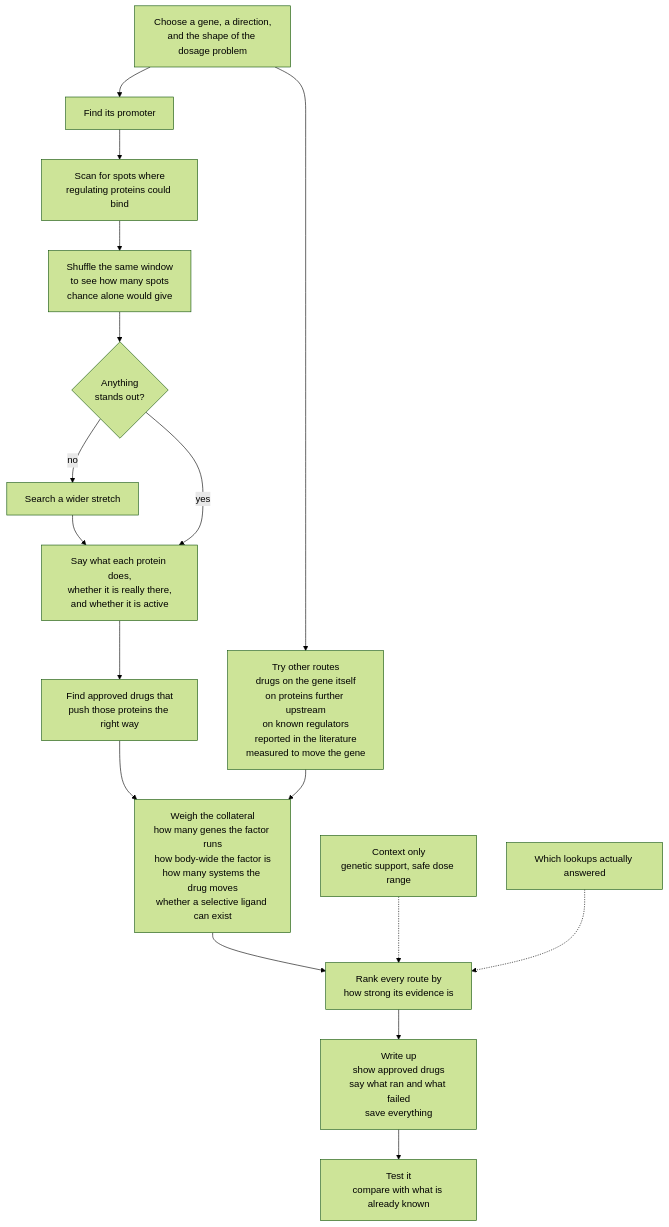
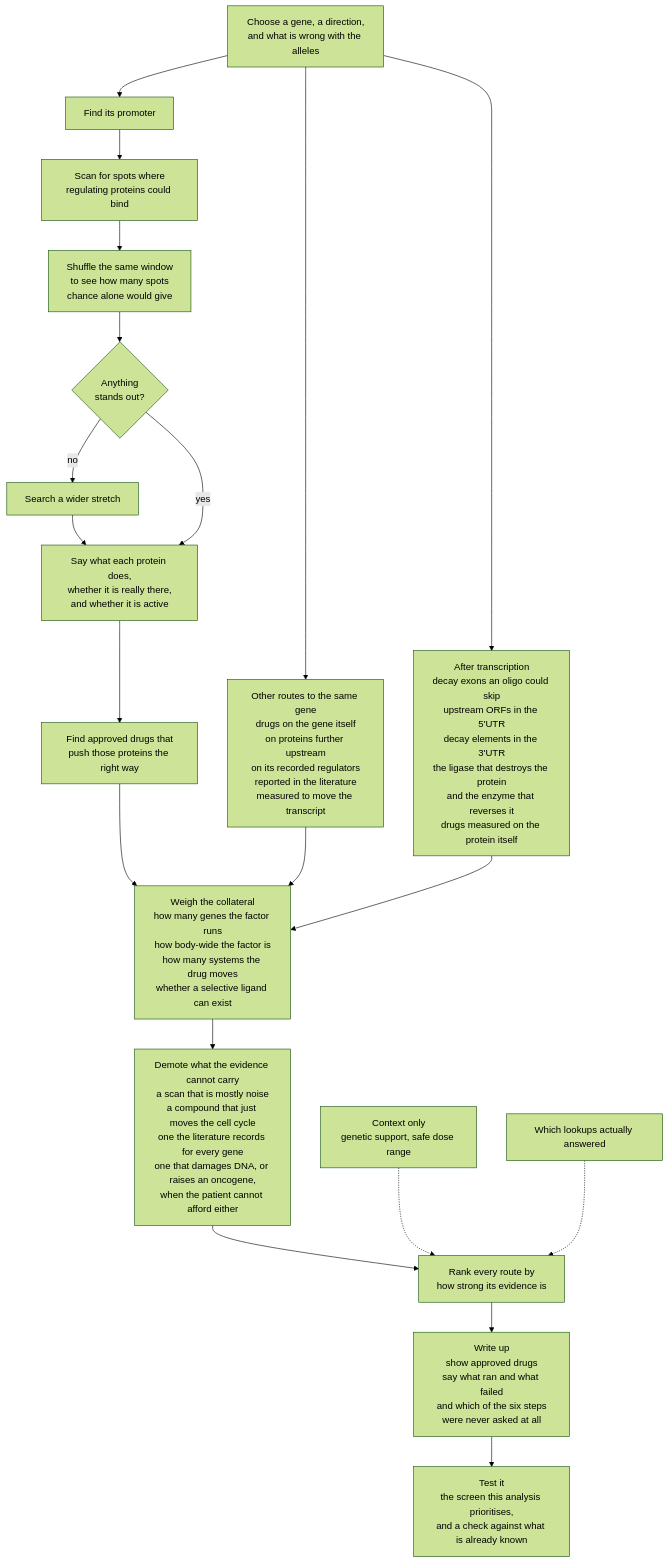
Before and after one commit to kjmartin44/Martins: the diagram in docs/pipeline_detail.mmd, drawn with Mermaid (forest theme). The commit also changed 8 other files, not shown here.

```diff
--- a/docs/pipeline_detail.mmd
+++ b/docs/pipeline_detail.mmd
@@ -1,20 +1,27 @@
 %% The same run in more detail. The short version is pipeline.mmd. Source of truth: docs/how-it-works.md.
 flowchart TD
-    START["Choose a gene, a direction,<br/>and the shape of the dosage problem"] --> PROM["Find its promoter"]
+    START["Choose a gene, a direction,<br/>and what is wrong with the alleles"]
+
+    START --> PROM["Find its promoter"]
     PROM --> SCAN["Scan for spots where<br/>regulating proteins could bind"]
     SCAN --> NULL["Shuffle the same window<br/>to see how many spots<br/>chance alone would give"]
     NULL --> Q{"Anything<br/>stands out?"}
     Q -- no --> WIDE["Search a wider stretch"] --> CHECK
     Q -- yes --> CHECK["Say what each protein does,<br/>whether it is really there,<br/>and whether it is active"]
     CHECK --> DRUGS["Find approved drugs that<br/>push those proteins the right way"]
 
-    START --> OTHER["Try other routes<br/>drugs on the gene itself<br/>on proteins further upstream<br/>on known regulators<br/>reported in the literature<br/>measured to move the gene"]
+    START --> OTHER["Other routes to the same gene<br/>drugs on the gene itself<br/>on proteins further upstream<br/>on its recorded regulators<br/>reported in the literature<br/>measured to move the transcript"]
+
+    START --> AFTER["After transcription<br/>decay exons an oligo could skip<br/>upstream ORFs in the 5'UTR<br/>decay elements in the 3'UTR<br/>the ligase that destroys the protein<br/>and the enzyme that reverses it<br/>drugs measured on the protein itself"]
 
     DRUGS --> NARROW["Weigh the collateral<br/>how many genes the factor runs<br/>how body-wide the factor is<br/>how many systems the drug moves<br/>whether a selective ligand can exist"]
     OTHER --> NARROW
-    NARROW --> RANK["Rank every route by<br/>how strong its evidence is"]
+    AFTER --> NARROW
+
+    NARROW --> GATES["Demote what the evidence cannot carry<br/>a scan that is mostly noise<br/>a compound that just moves the cell cycle<br/>one the literature records for every gene<br/>one that damages DNA, or raises an oncogene,<br/>when the patient cannot afford either"]
+    GATES --> RANK["Rank every route by<br/>how strong its evidence is"]
     CONTEXT["Context only<br/>genetic support, safe dose range"] -.-> RANK
     LEDGER["Which lookups actually answered"] -.-> RANK
 
-    RANK --> REPORT["Write up<br/>show approved drugs<br/>say what ran and what failed<br/>save everything"]
-    REPORT --> TEST["Test it<br/>compare with what is already known"]
+    RANK --> REPORT["Write up<br/>show approved drugs<br/>say what ran and what failed<br/>and which of the six steps<br/>were never asked at all"]
+    REPORT --> TEST["Test it<br/>the screen this analysis prioritises,<br/>and a check against what is already known"]
```
